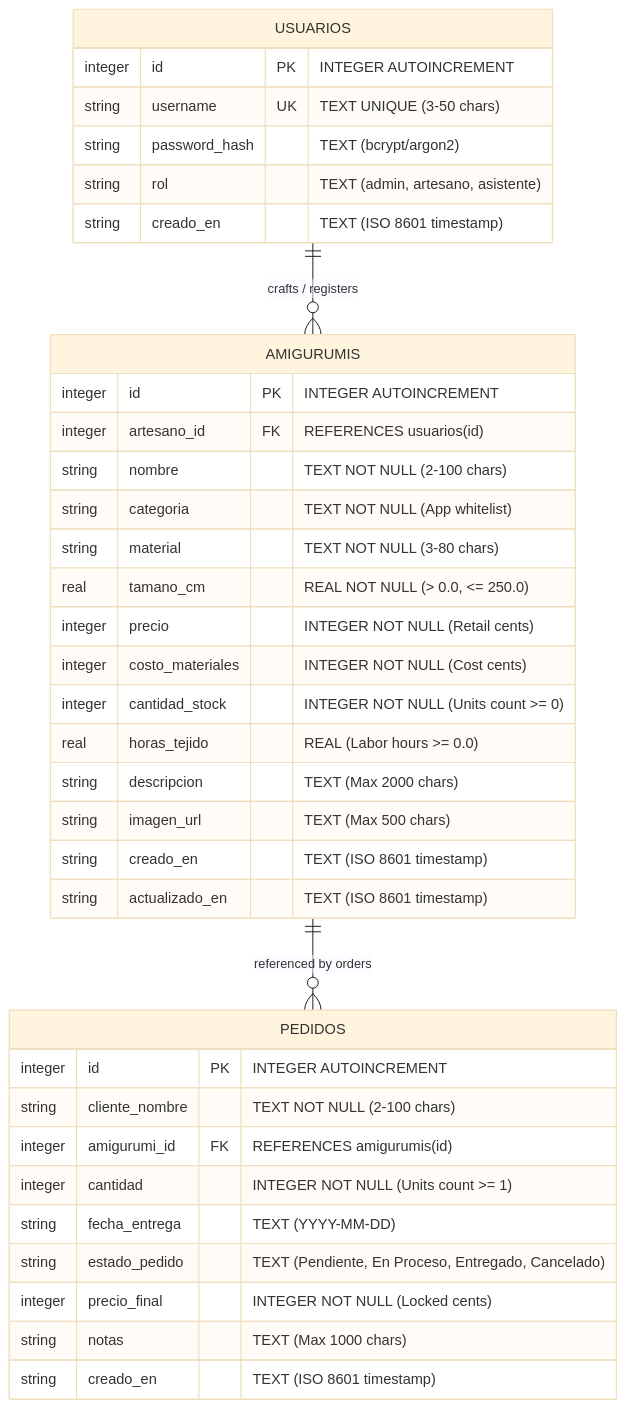
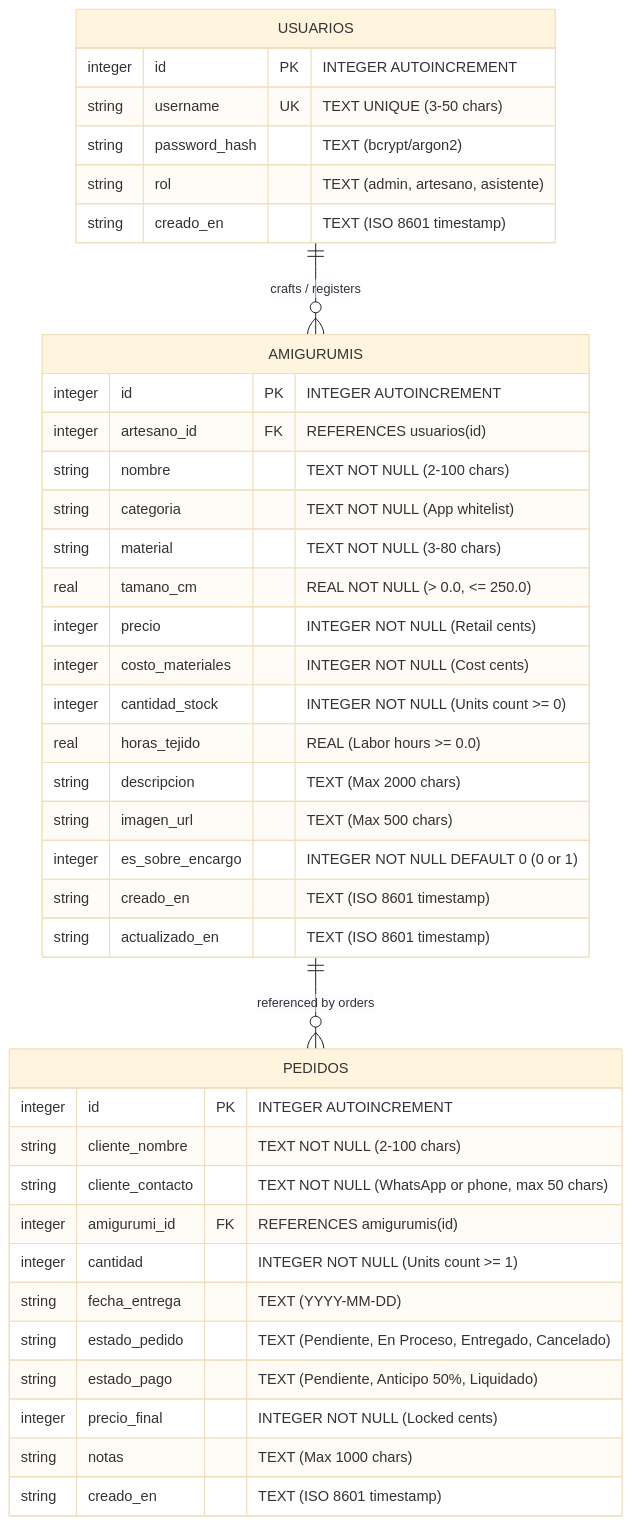
One commit to AngelKero/amigurumi-manager changed the diagram in docs/data-model.md. Above: the diagram before and after it, drawn with Mermaid (base theme). The commit also changed other lines of this file and 18 other files, not shown here.

Commit message:
refactor: transition project to Clean Architecture with modular PHP views and refined design system specifications

````diff
--- a/docs/data-model.md
+++ b/docs/data-model.md
@@ -18,42 +18,45 @@
 ```mermaid
 erDiagram
     USUARIOS {
         integer id PK "INTEGER AUTOINCREMENT"
         string username UK "TEXT UNIQUE (3-50 chars)"
         string password_hash "TEXT (bcrypt/argon2)"
         string rol "TEXT (admin, artesano, asistente)"
         string creado_en "TEXT (ISO 8601 timestamp)"
     }
 
     AMIGURUMIS {
         integer id PK "INTEGER AUTOINCREMENT"
         integer artesano_id FK "REFERENCES usuarios(id)"
         string nombre "TEXT NOT NULL (2-100 chars)"
         string categoria "TEXT NOT NULL (App whitelist)"
         string material "TEXT NOT NULL (3-80 chars)"
         real tamano_cm "REAL NOT NULL (> 0.0, <= 250.0)"
         integer precio "INTEGER NOT NULL (Retail cents)"
         integer costo_materiales "INTEGER NOT NULL (Cost cents)"
         integer cantidad_stock "INTEGER NOT NULL (Units count >= 0)"
         real horas_tejido "REAL (Labor hours >= 0.0)"
         string descripcion "TEXT (Max 2000 chars)"
         string imagen_url "TEXT (Max 500 chars)"
+        integer es_sobre_encargo "INTEGER NOT NULL DEFAULT 0 (0 or 1)"
         string creado_en "TEXT (ISO 8601 timestamp)"
         string actualizado_en "TEXT (ISO 8601 timestamp)"
     }
 
     PEDIDOS {
         integer id PK "INTEGER AUTOINCREMENT"
         string cliente_nombre "TEXT NOT NULL (2-100 chars)"
+        string cliente_contacto "TEXT NOT NULL (WhatsApp or phone, max 50 chars)"
         integer amigurumi_id FK "REFERENCES amigurumis(id)"
         integer cantidad "INTEGER NOT NULL (Units count >= 1)"
         string fecha_entrega "TEXT (YYYY-MM-DD)"
         string estado_pedido "TEXT (Pendiente, En Proceso, Entregado, Cancelado)"
+        string estado_pago "TEXT (Pendiente, Anticipo 50%, Liquidado)"
         integer precio_final "INTEGER NOT NULL (Locked cents)"
         string notas "TEXT (Max 1000 chars)"
         string creado_en "TEXT (ISO 8601 timestamp)"
     }
 
     USUARIOS ||--o{ AMIGURUMIS : "crafts / registers"
     AMIGURUMIS ||--o{ PEDIDOS : "referenced by orders"
 ```
````
